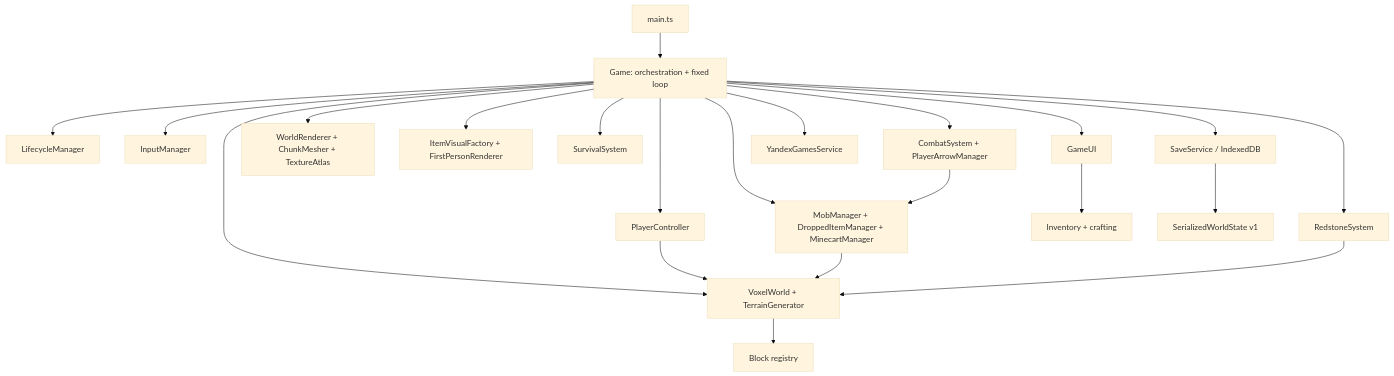
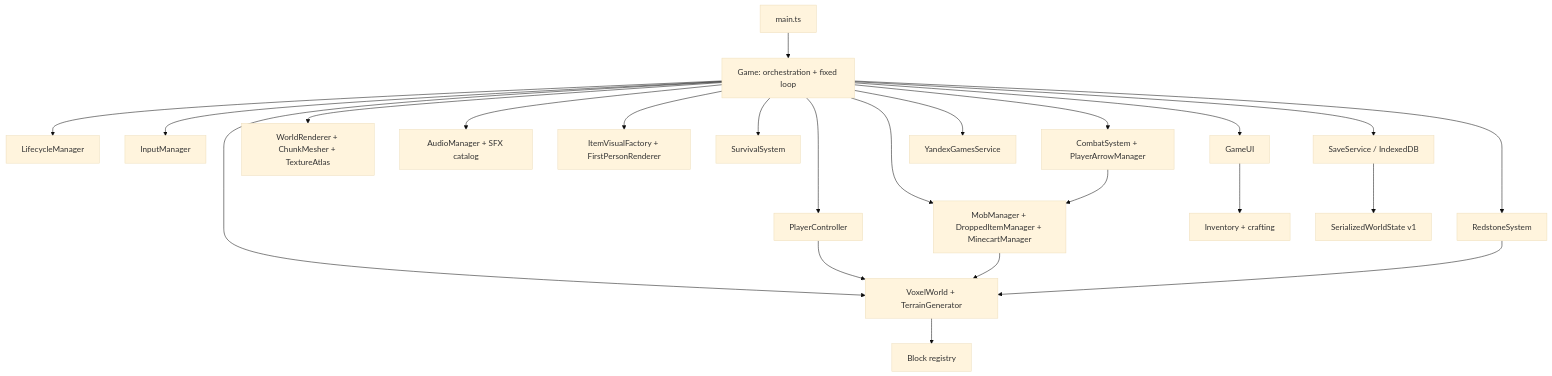
The first of 2 diagrams in docs/ARCHITECTURE.md (hasbatoff2015-web/mine-s-mixosom), drawn with Mermaid (base theme) before and after one commit. The commit also changed other lines of this file and 55 other files, not shown here.

First line of the commit message:
feat: add core sample-based game audio

````diff
--- a/docs/ARCHITECTURE.md
+++ b/docs/ARCHITECTURE.md
@@ -72,24 +72,25 @@
 ```mermaid
 flowchart TD
   Entry["main.ts"] --> Game["Game: orchestration + fixed loop"]
   Game --> Life["LifecycleManager"]
   Game --> Input["InputManager"]
   Game --> UI["GameUI"]
   Game --> World["VoxelWorld + TerrainGenerator"]
   Game --> Render["WorldRenderer + ChunkMesher + TextureAtlas"]
+  Game --> Audio["AudioManager + SFX catalog"]
   Game --> Items3D["ItemVisualFactory + FirstPersonRenderer"]
   Game --> Player["PlayerController"]
   Game --> Survival["SurvivalSystem"]
   Game --> Combat["CombatSystem + PlayerArrowManager"]
   Game --> Entities["MobManager + DroppedItemManager + MinecartManager"]
   Game --> Redstone["RedstoneSystem"]
   Game --> Save["SaveService / IndexedDB"]
   Game --> Platform["YandexGamesService"]
   World --> Blocks["Block registry"]
   UI --> Inventory["Inventory + crafting"]
   Player --> World
   Entities --> World
   Redstone --> World
   Combat --> Entities
   Save --> Serialized["SerializedWorldState v1"]
 ```
````
